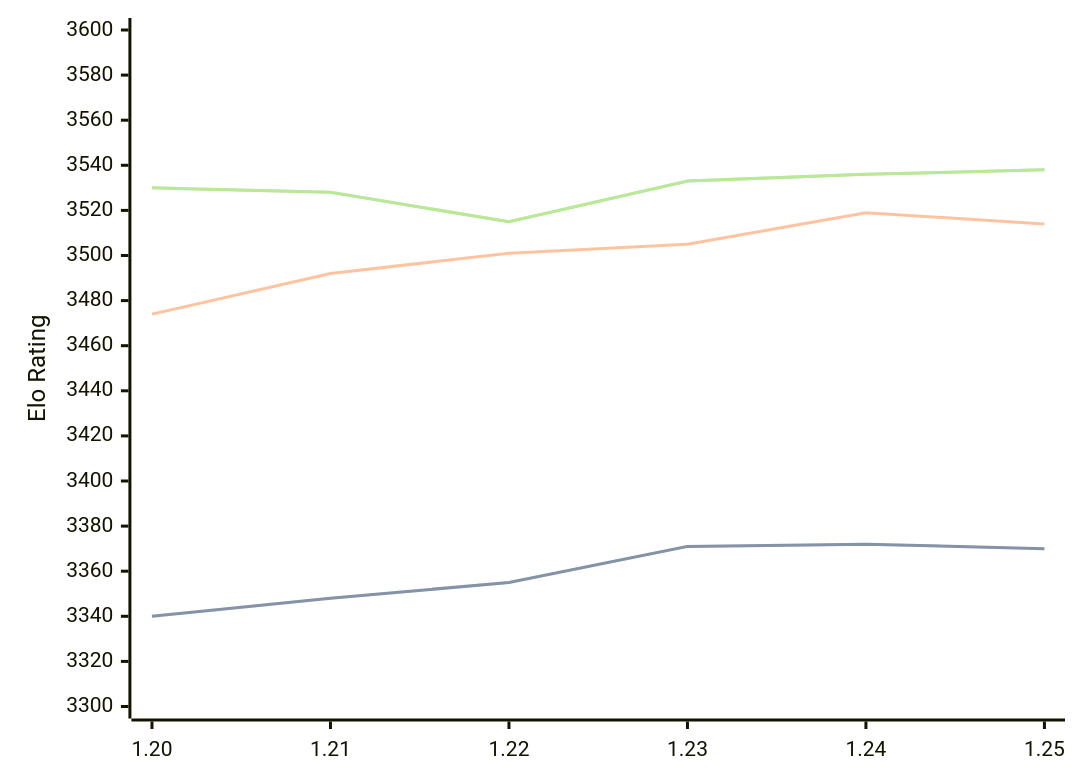
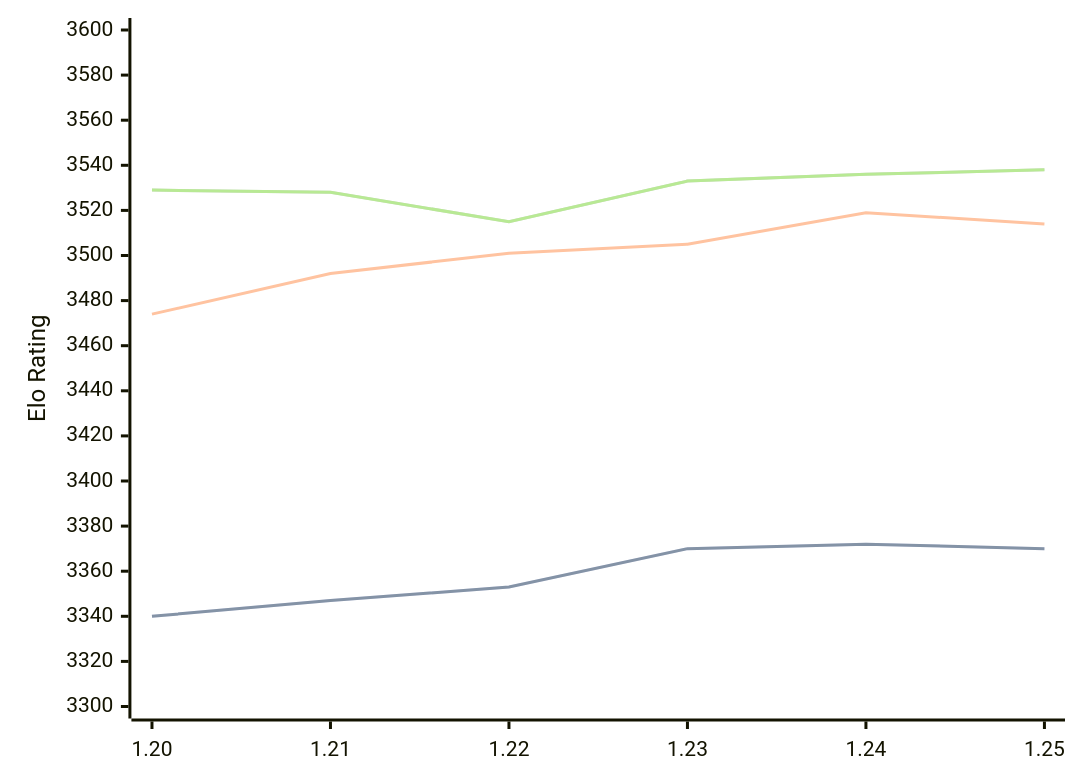
The diagram in engines/Caissa.md (computer-chess-index/cci), drawn with Mermaid before and after one commit. The commit also changed other lines of this file, not shown here.

Commit message:
Update CCI Ratings (ELO VLTC) - 2026-06-12

````diff
--- a/engines/Caissa.md
+++ b/engines/Caissa.md
@@ -65,11 +65,11 @@
 ```mermaid
 %%{init: {"theme":"base","themeVariables":{"seriesColors:['#a3a3a3','#222221','#faa371']}}}%%
 xychart-beta
   x-axis ["1.20", "1.21", "1.22", "1.23", "1.24", "1.25"]
   y-axis "Elo Rating" 3300 --> 3600
-  line "STC (8.0+0.08s)" [3340, 3348, 3355, 3371, 3372, 3370]
-  line "STC (8.0+0.08s)" [3340, 3348, 3355, 3371, 3372, 3370]
+  line "STC (8.0+0.08s)" [3340, 3347, 3353, 3370, 3372, 3370]
+  line "STC (8.0+0.08s)" [3340, 3347, 3353, 3370, 3372, 3370]
   line "LTC (60.0+0.60s)" [3474, 3492, 3501, 3505, 3519, 3514]
-  line "VLTC (2m24s+1.12s)" [3530, 3528, 3515, 3533, 3536, 3538]
-  line "VLTC (2m24s+1.12s)" [3530, 3528, 3515, 3533, 3536, 3538]
+  line "VLTC (2m24s+1.12s)" [3529, 3528, 3515, 3533, 3536, 3538]
+  line "VLTC (2m24s+1.12s)" [3529, 3528, 3515, 3533, 3536, 3538]
 ```
````
